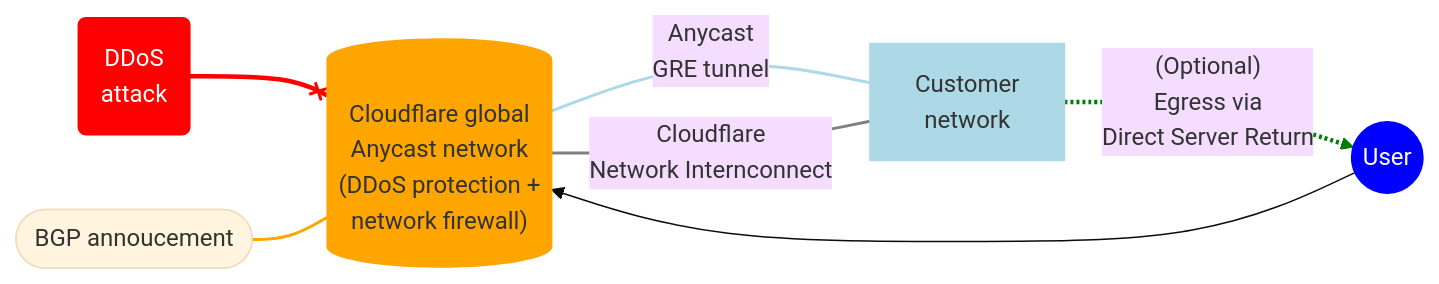
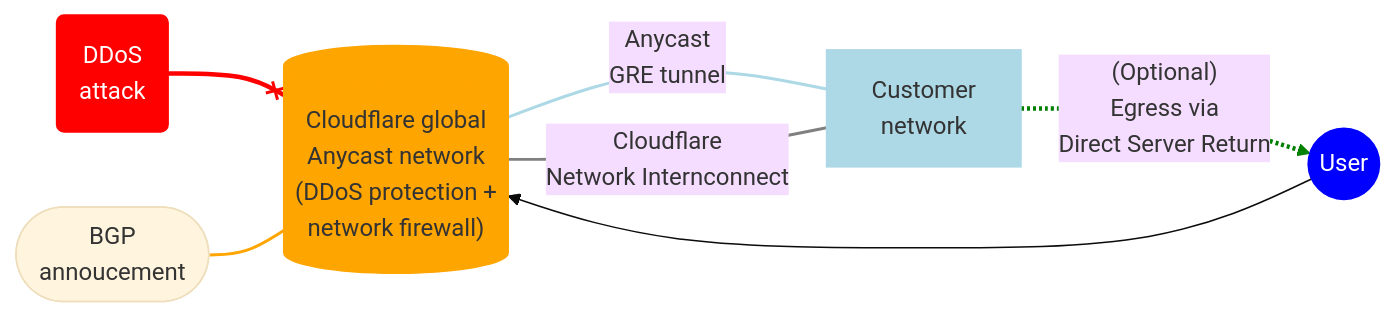
Before and after one commit to cloudflare/cloudflare-docs: the diagram in content/magic-transit/about.md, drawn with Mermaid (base theme).

Commit message:
refined text

````diff
--- a/content/magic-transit/about.md
+++ b/content/magic-transit/about.md
@@ -21,28 +21,28 @@
 ```mermaid
 flowchart LR
 accTitle: Magic Transit
 accDescr: Diagram showing how Magic Transit protects traffic on the customer's network.
 
 A(DDoS <br> attack)
 B[("Cloudflare global <br> Anycast network <br> (DDoS protection + <br> network firewall)")]
 C[Customer <br> network]
 D((User))
-E([BGP annoucement])
+E([BGP <br> annoucement])
 
 A --x B
 E --- B
 B-- Anycast <br> GRE tunnel ---C
 B-- Cloudflare <br> Network Internconnect ---C
 C-. "(Optional) <br> Egress via <br> Direct Server Return" .-> D
 D --> B
 
 style A stroke: red,fill: red,color: white
 style B stroke: orange,fill: orange
 style C stroke: #ADD8E6,fill: #ADD8E6
 style D stroke: blue,fill: blue,color: white
 linkStyle 0 stroke-width:3px,stroke:red
 linkStyle 1 stroke-width:2px,stroke:orange
 linkStyle 2 stroke-width:2px,stroke:#ADD8E6
 linkStyle 3 stroke-width:2px,stroke:gray
 linkStyle 4 stroke-width:3px,stroke:green
 ```
````
